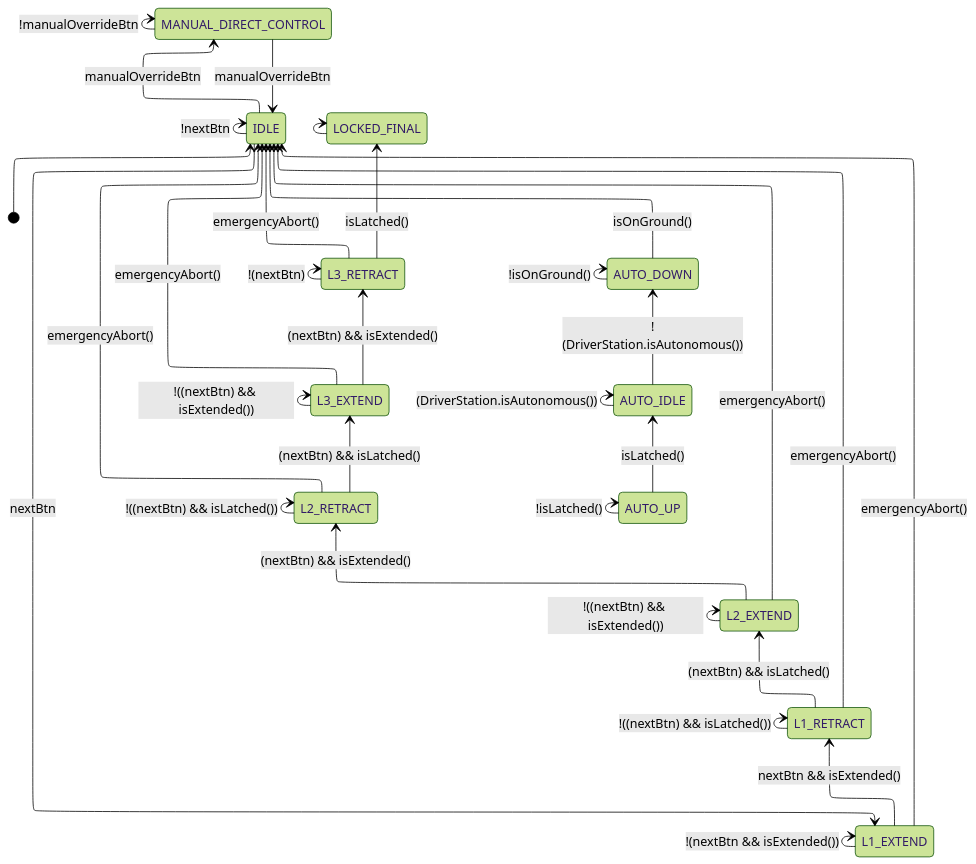
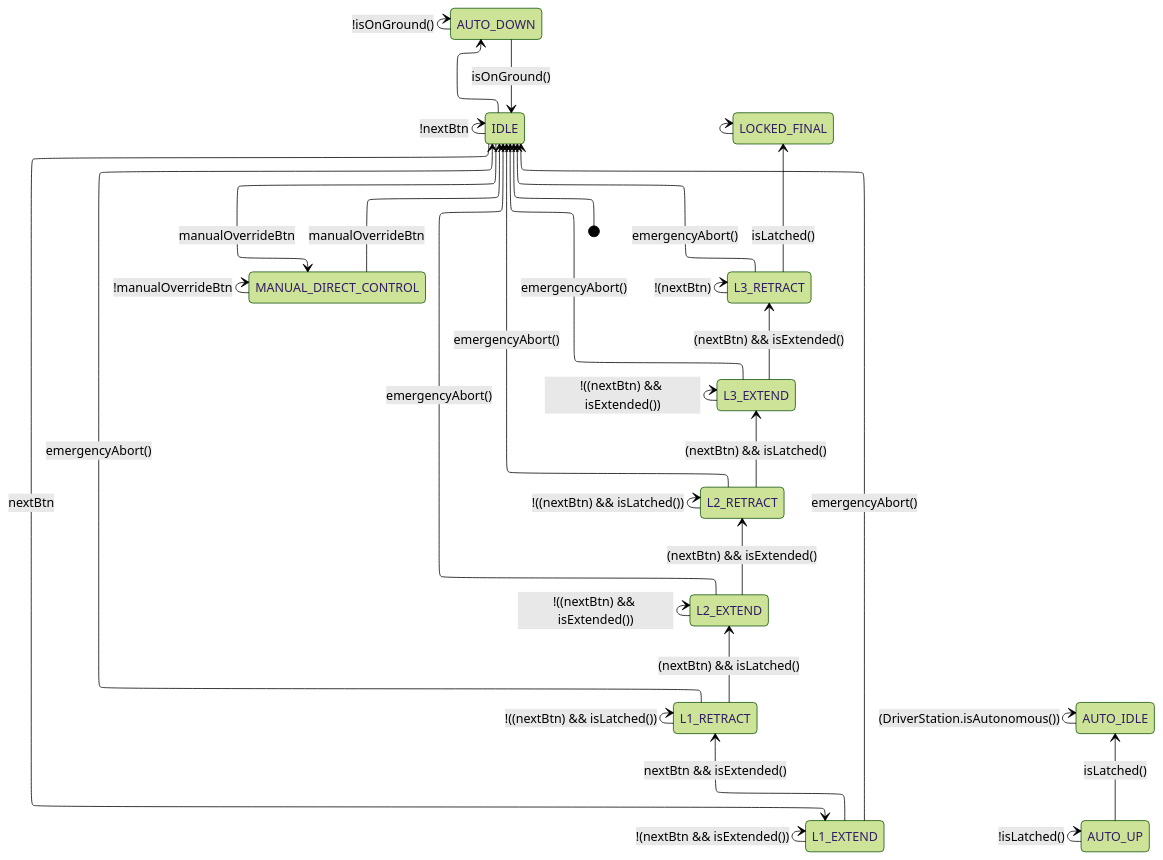
One commit to Tino-FRC-2473/FRC2026 changed the diagram in doc/ClimberFSM.md. Above: the diagram before and after it, drawn with Mermaid (forest theme). The commit also changed 2 other files, not shown here.

Commit message:
Fix checkstyle errors, and sync with Arnav

````diff
--- a/doc/ClimberFSM.md
+++ b/doc/ClimberFSM.md
@@ -3,52 +3,52 @@
 ```mermaid
 ---
 config:
   layout: elk
   title: Climber State Diagram
 ---
 stateDiagram
   direction BT
   [*] --> I
   I --> I:!nextBtn
   MDC --> MDC:!manualOverrideBtn
   I --> MDC:manualOverrideBtn
   MDC --> I:manualOverrideBtn
   I --> L1E:nextBtn
   L1E --> L1E:!(nextBtn && isExtended())
   L1R --> L1R:!((nextBtn) && isLatched())
   L2E --> L2E:!((nextBtn) && isExtended())
   L2R --> L2R:!((nextBtn) && isLatched())
   L3E --> L3E:!((nextBtn) && isExtended())
   L3R --> L3R:!(nextBtn)
   LF --> LF
   L1E --> L1R:nextBtn && isExtended()
   L1R --> L2E:(nextBtn) && isLatched()
   L2E --> L2R:(nextBtn) && isExtended()
   L2R --> L3E:(nextBtn) && isLatched()
   L1E --> I:emergencyAbort()
   L1R --> I:emergencyAbort()
   L2E --> I:emergencyAbort()
   L2R --> I:emergencyAbort()
   L3E --> I:emergencyAbort()
   L3R --> I:emergencyAbort()
   L3E --> L3R:(nextBtn) && isExtended()
   L3R --> LF:isLatched()
   AU --> AI:isLatched()
-  AI --> AD:!(DriverStation.isAutonomous())
+  I --> AD
   AD --> I:isOnGround()
   AU --> AU:!isLatched()
   AI --> AI:(DriverStation.isAutonomous())
   AD --> AD:!isOnGround()
   I:IDLE
   MDC:MANUAL_DIRECT_CONTROL
   L1E:L1_EXTEND
   L1R:L1_RETRACT
   L2E:L2_EXTEND
   L2R:L2_RETRACT
   L3E:L3_EXTEND
   L3R:L3_RETRACT
   LF:LOCKED_FINAL
   AU:AUTO_UP
   AI:AUTO_IDLE
   AD:AUTO_DOWN
 ```
````
